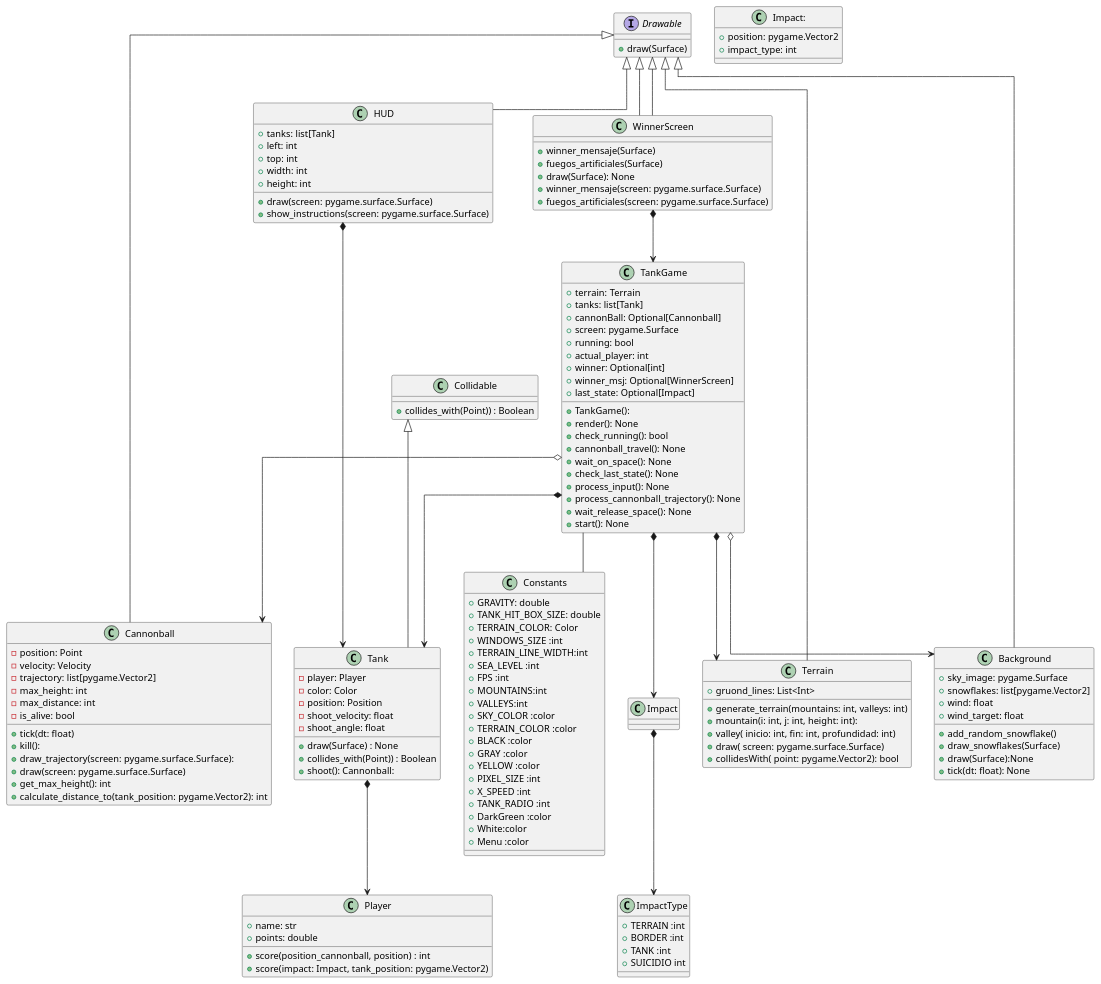
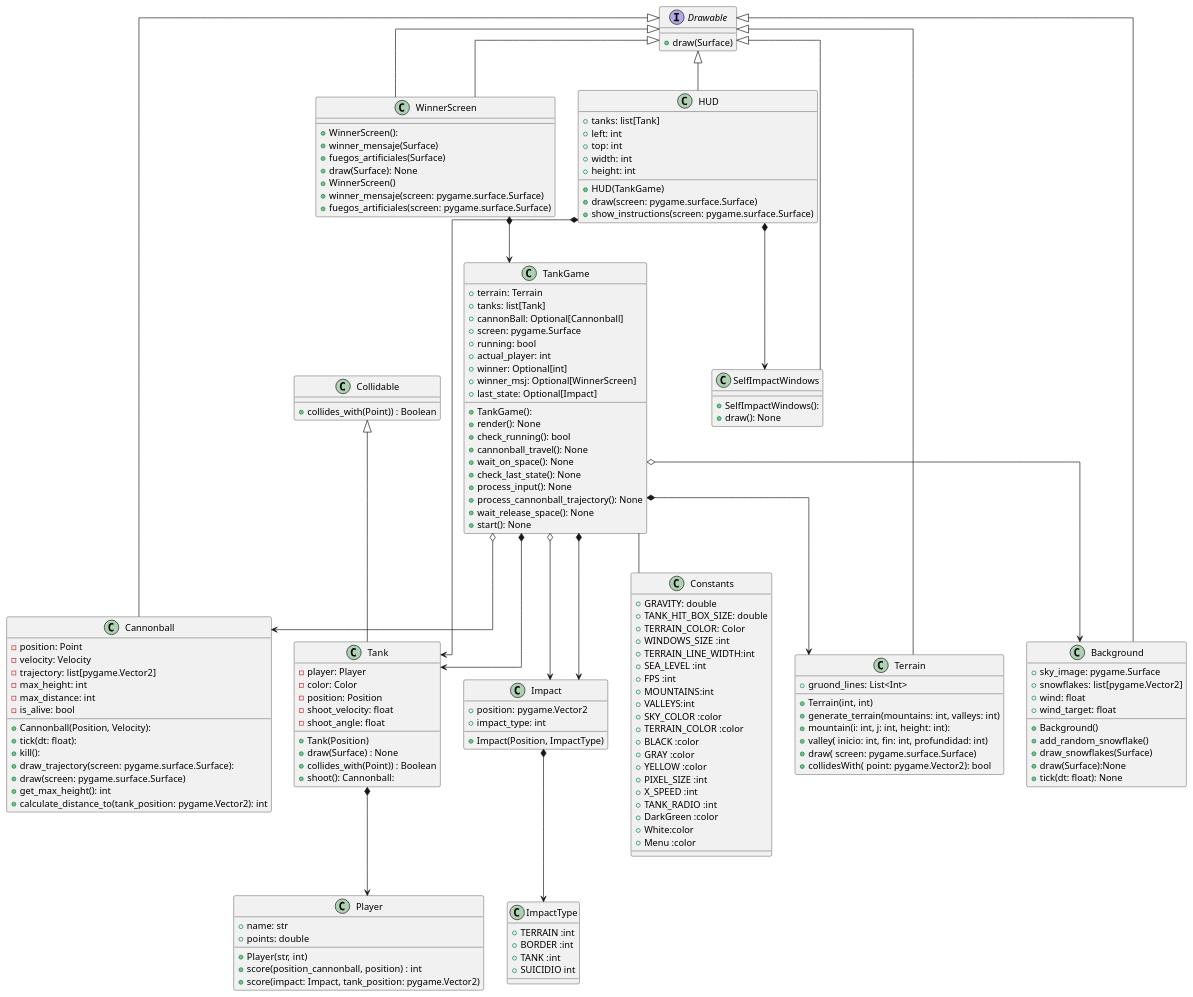
One commit to fraco-oxza/tankGame changed the diagram in uml/entire.plantuml. Above: the diagram before and after it, drawn with PlantUML. The commit also changed 4 other files, not shown here.

```diff
--- a/uml/entire.plantuml
+++ b/uml/entire.plantuml
@@ -1,163 +1,182 @@
 @startuml
 
 top to bottom direction
 skinparam linetype ortho
 
 class TankGame {
     + terrain: Terrain
     + tanks: list[Tank]
     + cannonBall: Optional[Cannonball]
     + screen: pygame.Surface
     + running: bool
     + actual_player: int
     + winner: Optional[int]
     +winner_msj: Optional[WinnerScreen]
     +last_state: Optional[Impact]
 
     + TankGame():
     + render(): None
     + check_running(): bool
     + cannonball_travel(): None
     + wait_on_space(): None
     + check_last_state(): None
     + process_input(): None
     + process_cannonball_trajectory(): None
     + wait_release_space(): None
     + start(): None
 
 }
 
 class Cannonball extends Drawable {
     - position: Point
     - velocity: Velocity
     - trajectory: list[pygame.Vector2]
     - max_height: int
     - max_distance: int
     - is_alive: bool
 
-    +tick(dt: float)
+    +Cannonball(Position, Velocity):
+    +tick(dt: float):
     +kill():
     +draw_trajectory(screen: pygame.surface.Surface):
     +draw(screen: pygame.surface.Surface)
     +get_max_height(): int
     +calculate_distance_to(tank_position: pygame.Vector2): int
 
 
 
 }
 
 interface Drawable {
     + draw(Surface)
 }
 
 class HUD extends Drawable{
     + tanks: list[Tank]
     + left: int
     + top: int
     + width: int
     + height: int
+ + HUD(TankGame)
  +draw(screen: pygame.surface.Surface)
  +show_instructions(screen: pygame.surface.Surface)
 
  }
 class WinnerScreen extends Drawable{
+    + WinnerScreen():
     +winner_mensaje(Surface)
     +fuegos_artificiales(Surface)
     +draw(Surface): None
 }
 
 class Terrain extends Drawable {
     +gruond_lines: List<Int>
 
+    +Terrain(int, int)
     + generate_terrain(mountains: int, valleys: int)
     +mountain(i: int, j: int, height: int):
     +valley( inicio: int, fin: int, profundidad: int)
     +draw( screen: pygame.surface.Surface)
     +collidesWith( point: pygame.Vector2): bool
 }
 class Collidable {
  +collides_with(Point)) : Boolean
 }
 
 class Background extends Drawable{
     +sky_image: pygame.Surface
     +snowflakes: list[pygame.Vector2]
     +wind: float
     +wind_target: float
 
+    + Background()
     + add_random_snowflake()
     + draw_snowflakes(Surface)
     + draw(Surface):None
     +tick(dt: float): None
 
 }
 class Tank extends Collidable  {
     - player: Player
     - color: Color
     - position: Position
     -shoot_velocity: float
     -shoot_angle: float
 
+    +Tank(Position)
     +draw(Surface) : None
     +collides_with(Point)) : Boolean
     +shoot(): Cannonball:
 }
 
 class Player {
     +name: str
     + points: double
+    +Player(str, int)
     +score(position_cannonball, position) : int
     +score(impact: Impact, tank_position: pygame.Vector2)
+
+
 }
 class WinnerScreen extends Drawable
 {
+    + WinnerScreen()
     +winner_mensaje(screen: pygame.surface.Surface)
     +fuegos_artificiales(screen: pygame.surface.Surface)
 }
-class Impact:
+class Impact
 {
     +position: pygame.Vector2
     +impact_type: int
 
+    +Impact(Position, ImpactType)
 }
 
 class Constants {
     + GRAVITY: double
     + TANK_HIT_BOX_SIZE: double
     + TERRAIN_COLOR: Color
     + WINDOWS_SIZE :int
     + TERRAIN_LINE_WIDTH:int
     + SEA_LEVEL :int
     + FPS :int
     +MOUNTAINS:int
     +VALLEYS:int
     +SKY_COLOR :color
     +TERRAIN_COLOR :color
     +BLACK :color
     +GRAY :color
     +YELLOW :color
     +PIXEL_SIZE :int
     +X_SPEED :int
     +TANK_RADIO :int
     +DarkGreen :color
     +White:color
     +Menu :color
 }
 class ImpactType{
     +TERRAIN :int
     +BORDER :int
     +TANK :int
     +SUICIDIO int
 }
+class SelfImpactWindows extends Drawable {
+    + SelfImpactWindows():
+    + draw(): None
+}
+
 TankGame -- Constants
-WinnerScreen *-->  TankGame
+
+WinnerScreen *--> TankGame
 TankGame *--> Tank
 TankGame o--> Cannonball
 TankGame *--> Terrain
-TankGame o-->Background
+TankGame o--> Background
+TankGame o--> Impact
 Tank *--> Player
 HUD *--> Tank
-Impact *-->ImpactType
-TankGame *-->Impact
+HUD *--> SelfImpactWindows
+Impact *--> ImpactType
+TankGame *--> Impact
 
 @enduml
```
